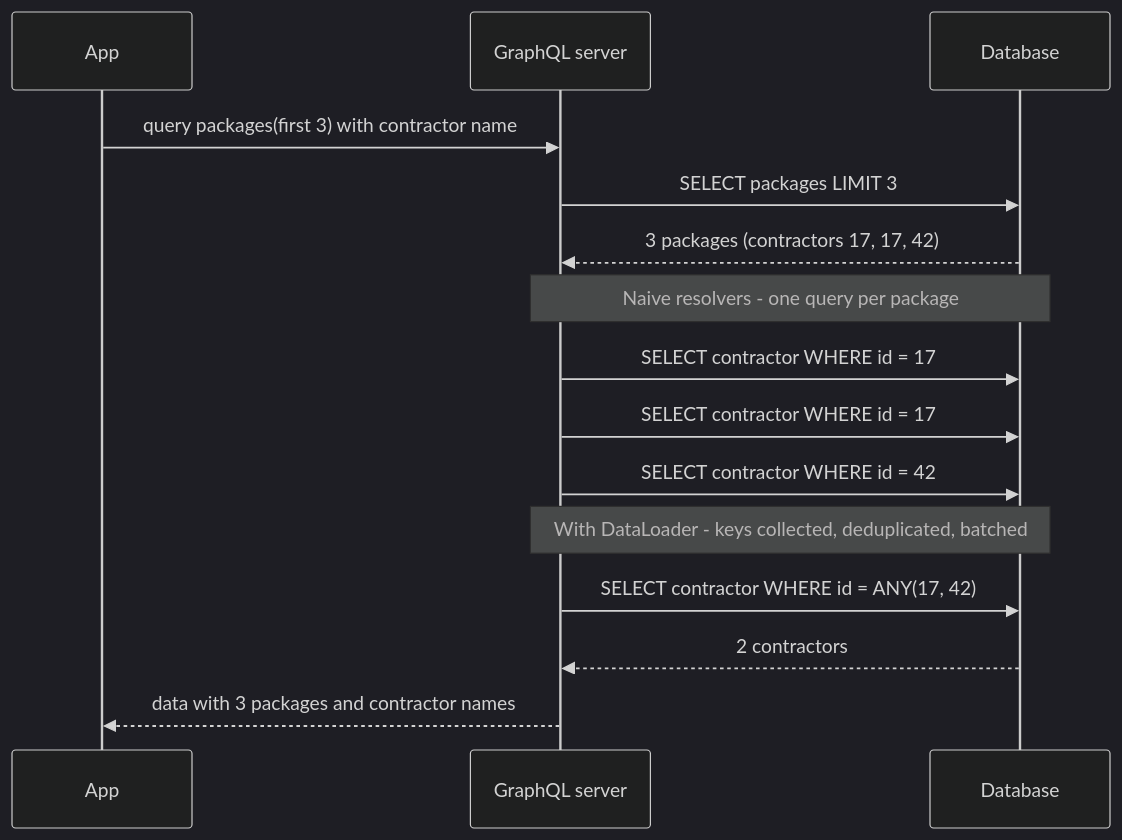
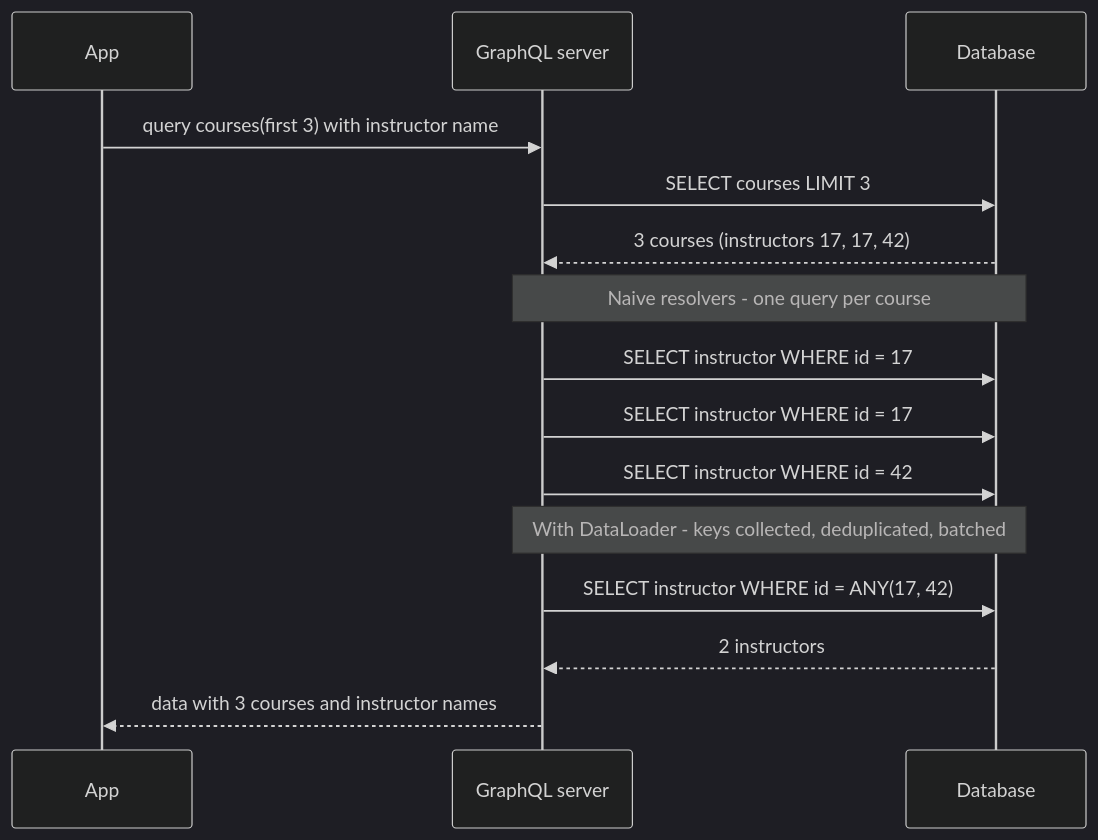
Before and after one commit to rizwi0786/system-design-lab: the second of 2 diagrams in content/lessons/m10/m10-graphql.md, drawn with Mermaid (dark theme). The commit also changed other lines of this file and 334 other files, not shown here.

````diff
--- a/content/lessons/m10/m10-graphql.md
+++ b/content/lessons/m10/m10-graphql.md
@@ -307,17 +309,17 @@
 ```mermaid
 sequenceDiagram
     participant C as App
     participant G as GraphQL server
     participant D as Database
-    C->>G: query packages(first 3) with contractor name
-    G->>D: SELECT packages LIMIT 3
-    D-->>G: 3 packages (contractors 17, 17, 42)
-    Note over G,D: Naive resolvers - one query per package
-    G->>D: SELECT contractor WHERE id = 17
-    G->>D: SELECT contractor WHERE id = 17
-    G->>D: SELECT contractor WHERE id = 42
+    C->>G: query courses(first 3) with instructor name
+    G->>D: SELECT courses LIMIT 3
+    D-->>G: 3 courses (instructors 17, 17, 42)
+    Note over G,D: Naive resolvers - one query per course
+    G->>D: SELECT instructor WHERE id = 17
+    G->>D: SELECT instructor WHERE id = 17
+    G->>D: SELECT instructor WHERE id = 42
     Note over G,D: With DataLoader - keys collected, deduplicated, batched
-    G->>D: SELECT contractor WHERE id = ANY(17, 42)
-    D-->>G: 2 contractors
-    G-->>C: data with 3 packages and contractor names
+    G->>D: SELECT instructor WHERE id = ANY(17, 42)
+    D-->>G: 2 instructors
+    G-->>C: data with 3 courses and instructor names
 ```
````
